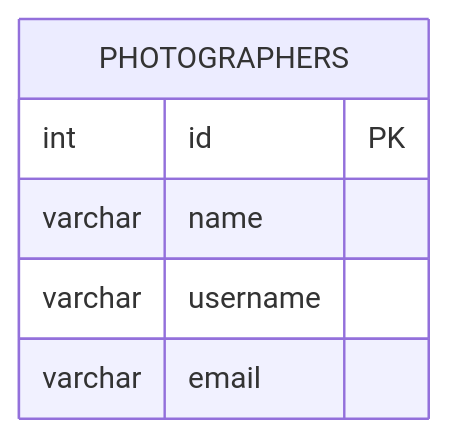
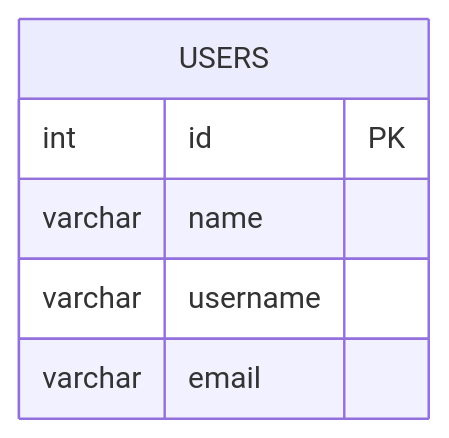
The second of 2 diagrams in docs/readme.md (BerthaGarrastacho/Modulo2MasterTarea1), drawn with Mermaid before and after one commit. The commit also changed other lines of this file and 4 other files, not shown here.

````diff
--- a/docs/readme.md
+++ b/docs/readme.md
@@ -297,9 +297,9 @@
 ```mermaid
 erDiagram
-    PHOTOGRAPHERS {
+    USERS {
         int id PK
         varchar name
         varchar username
         varchar email
     }
 ```
````
